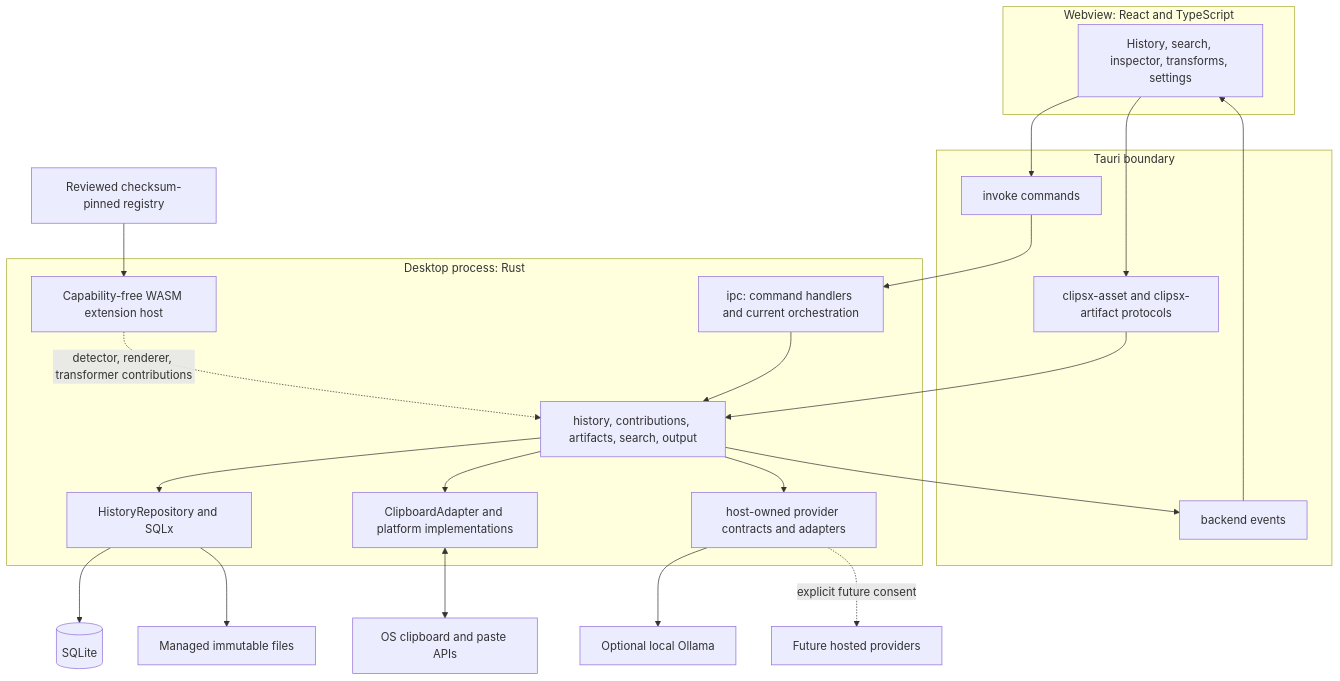
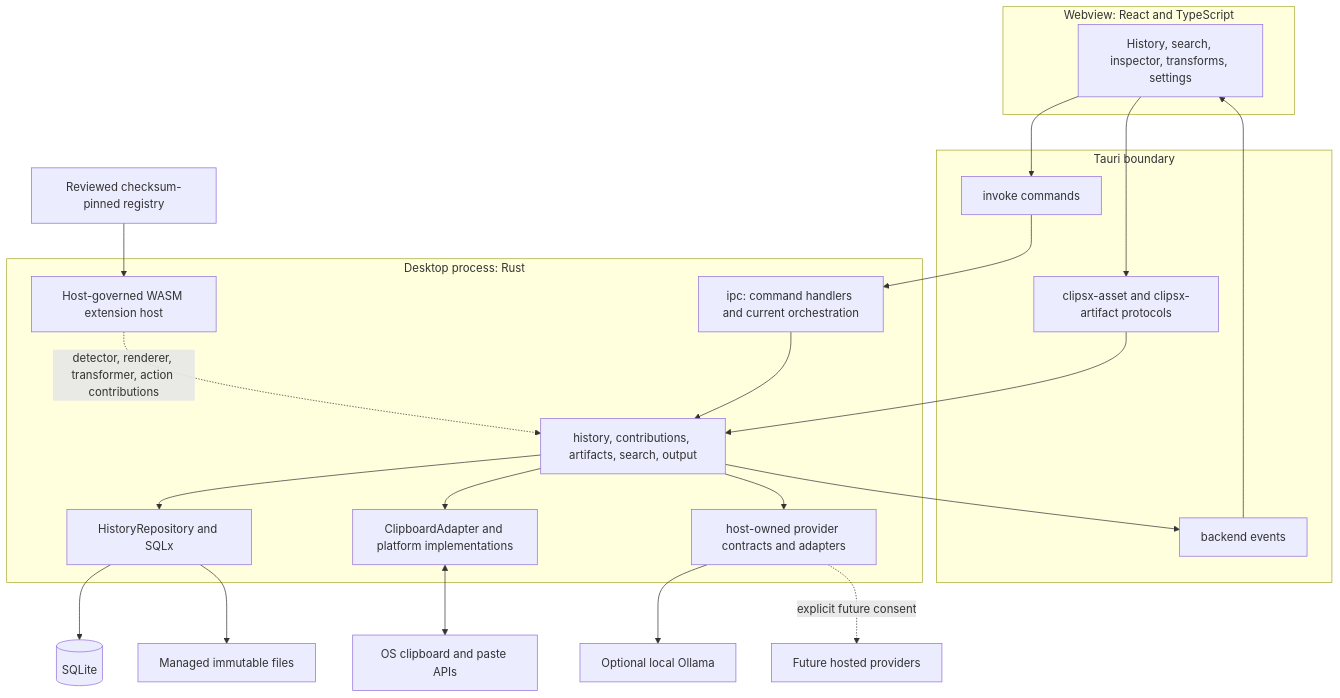
Before and after one commit to azure06/clipsx: the first of 5 diagrams in docs/ARCHITECTURE.md, drawn with Mermaid. The commit also changed other lines of this file and 48 other files, not shown here.

````diff
--- a/docs/ARCHITECTURE.md
+++ b/docs/ARCHITECTURE.md
@@ -74,32 +75,32 @@
 ```mermaid
 flowchart TB
   subgraph Webview["Webview: React and TypeScript"]
     UI["History, search, inspector, transforms, settings"]
   end
   subgraph Boundary["Tauri boundary"]
     Commands["invoke commands"]
     Events["backend events"]
     Protocols["clipsx-asset and clipsx-artifact protocols"]
   end
   subgraph Rust["Desktop process: Rust"]
     IPC["ipc: command handlers and current orchestration"]
     Services["history, contributions, artifacts, search, output"]
     Providers["host-owned provider contracts and adapters"]
-    ExtensionHost["Capability-free WASM extension host"]
+    ExtensionHost["Host-governed WASM extension host"]
     Repository["HistoryRepository and SQLx"]
     Clipboard["ClipboardAdapter and platform implementations"]
   end
   UI --> Commands --> IPC --> Services
   Services --> Events --> UI
   UI --> Protocols --> Services
   Services --> Repository
   Services --> Clipboard
   Services --> Providers
-  ExtensionHost -. "detector, renderer, transformer contributions" .-> Services
+  ExtensionHost -. "detector, renderer, transformer, action contributions" .-> Services
   Repository --> SQLite[(SQLite)]
   Repository --> Managed["Managed immutable files"]
   Clipboard <--> OS["OS clipboard and paste APIs"]
   Providers --> Ollama["Optional local Ollama"]
   Providers -. "explicit future consent" .-> Hosted["Future hosted providers"]
   Registry["Reviewed checksum-pinned registry"] --> ExtensionHost
 ```
````
